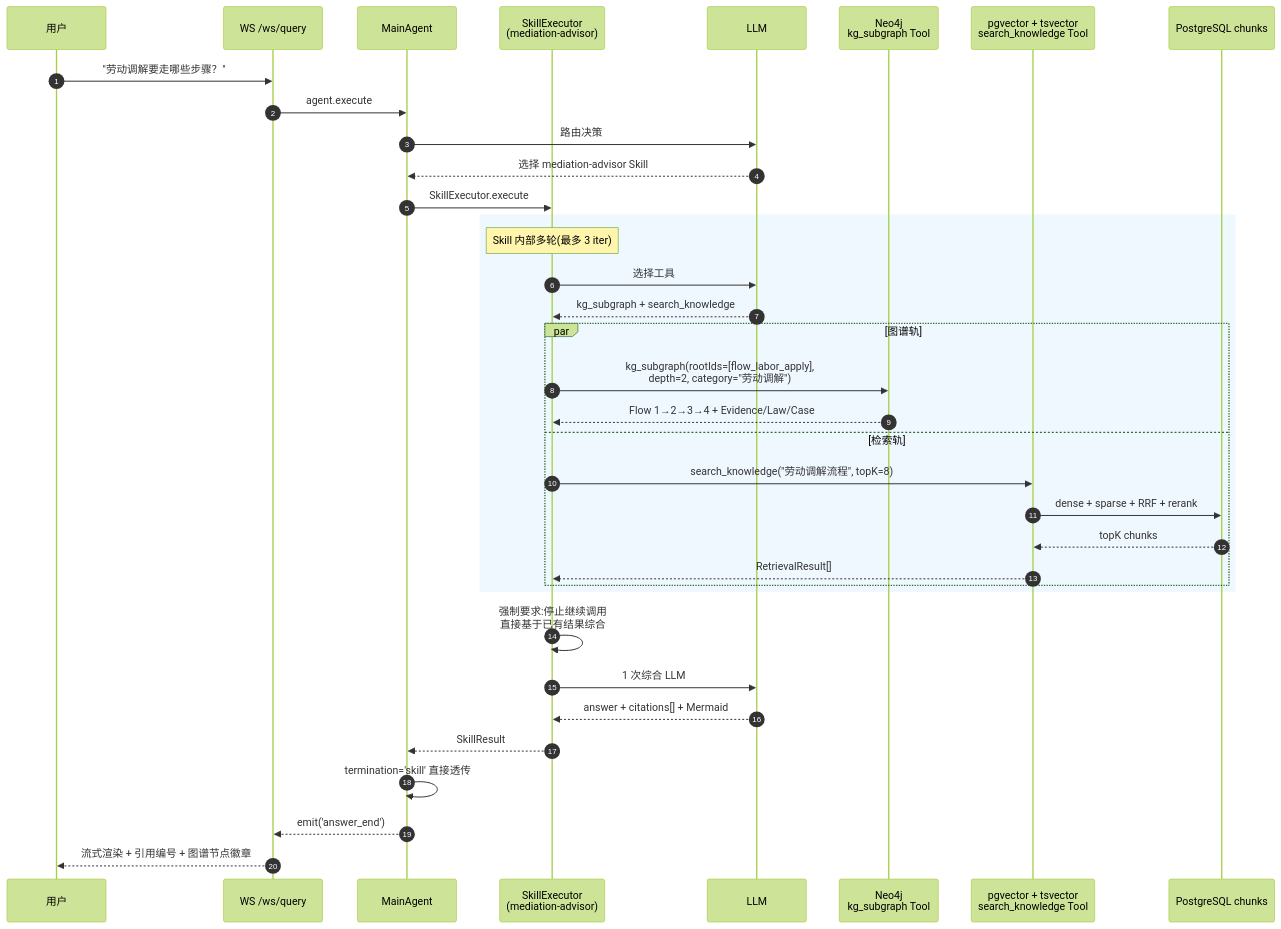
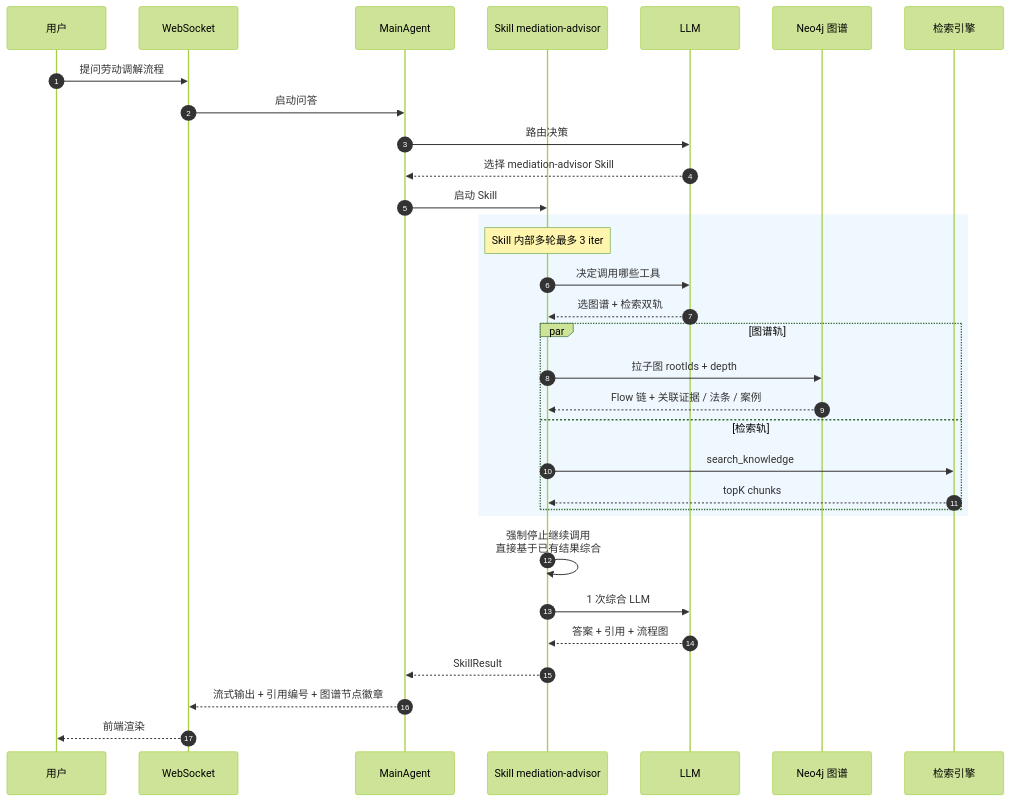
Before and after one commit to MJ666-K/KB-Core: the seventh of 10 diagrams in docs/流程图设计说明.md, drawn with Mermaid (forest theme). The commit also changed other lines of this file, not shown here.

````diff
--- a/docs/流程图设计说明.md
+++ b/docs/流程图设计说明.md
@@ -454,42 +354,38 @@
 ```mermaid
 sequenceDiagram
     autonumber
     participant U as 用户
-    participant WS as WS /ws/query
+    participant WS as WebSocket
     participant A as MainAgent
-    participant S as SkillExecutor<br/>(mediation-advisor)
+    participant S as Skill mediation-advisor
     participant L as LLM
-    participant KG as Neo4j<br/>kg_subgraph Tool
-    participant RAG as pgvector + tsvector<br/>search_knowledge Tool
-    participant PG as PostgreSQL chunks
+    participant KG as Neo4j 图谱
+    participant RAG as 检索引擎
 
-    U->>WS: "劳动调解要走哪些步骤？"
-    WS->>A: agent.execute
+    U->>WS: 提问劳动调解流程
+    WS->>A: 启动问答
     A->>L: 路由决策
     L-->>A: 选择 mediation-advisor Skill
-    A->>S: SkillExecutor.execute
+    A->>S: 启动 Skill
 
     rect rgb(240, 248, 255)
-        Note over S: Skill 内部多轮(最多 3 iter)
-        S->>L: 选择工具
-        L-->>S: kg_subgraph + search_knowledge
+        Note over S: Skill 内部多轮最多 3 iter
+        S->>L: 决定调用哪些工具
+        L-->>S: 选图谱 + 检索双轨
 
         par 图谱轨
-            S->>KG: kg_subgraph(rootIds=[flow_labor_apply],<br/>depth=2, category="劳动调解")
-            KG-->>S: Flow 1→2→3→4 + Evidence/Law/Case
+            S->>KG: 拉子图 rootIds + depth
+            KG-->>S: Flow 链 + 关联证据 / 法条 / 案例
         and 检索轨
-            S->>RAG: search_knowledge("劳动调解流程", topK=8)
-            RAG->>PG: dense + sparse + RRF + rerank
-            PG-->>RAG: topK chunks
-            RAG-->>S: RetrievalResult[]
+            S->>RAG: search_knowledge
+            RAG-->>S: topK chunks
         end
     end
 
-    S->>S: 强制要求:停止继续调用<br/>直接基于已有结果综合
+    S->>S: 强制停止继续调用<br/>直接基于已有结果综合
     S->>L: 1 次综合 LLM
-    L-->>S: answer + citations[] + Mermaid
+    L-->>S: 答案 + 引用 + 流程图
     S-->>A: SkillResult
-    A->>A: termination='skill' 直接透传
-    A-->>WS: emit('answer_end')
-    WS-->>U: 流式渲染 + 引用编号 + 图谱节点徽章
+    A-->>WS: 流式输出 + 引用编号 + 图谱节点徽章
+    WS-->>U: 前端渲染
 ```
````
